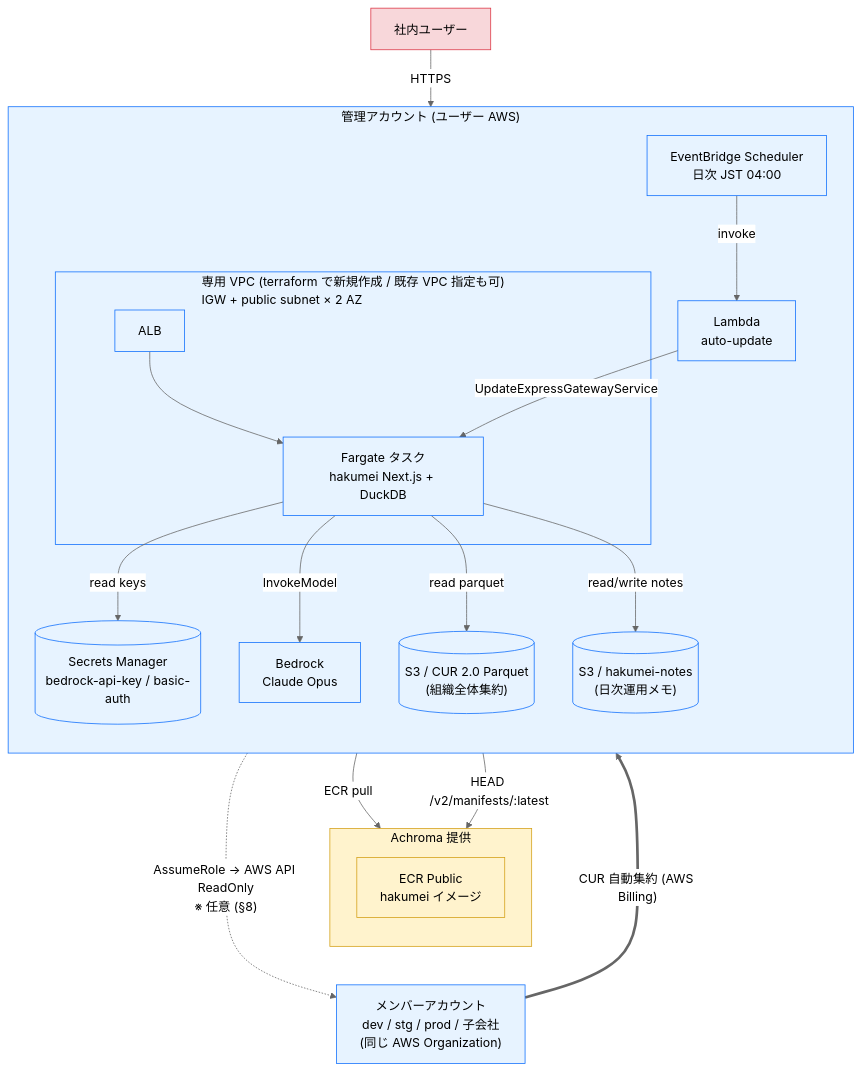
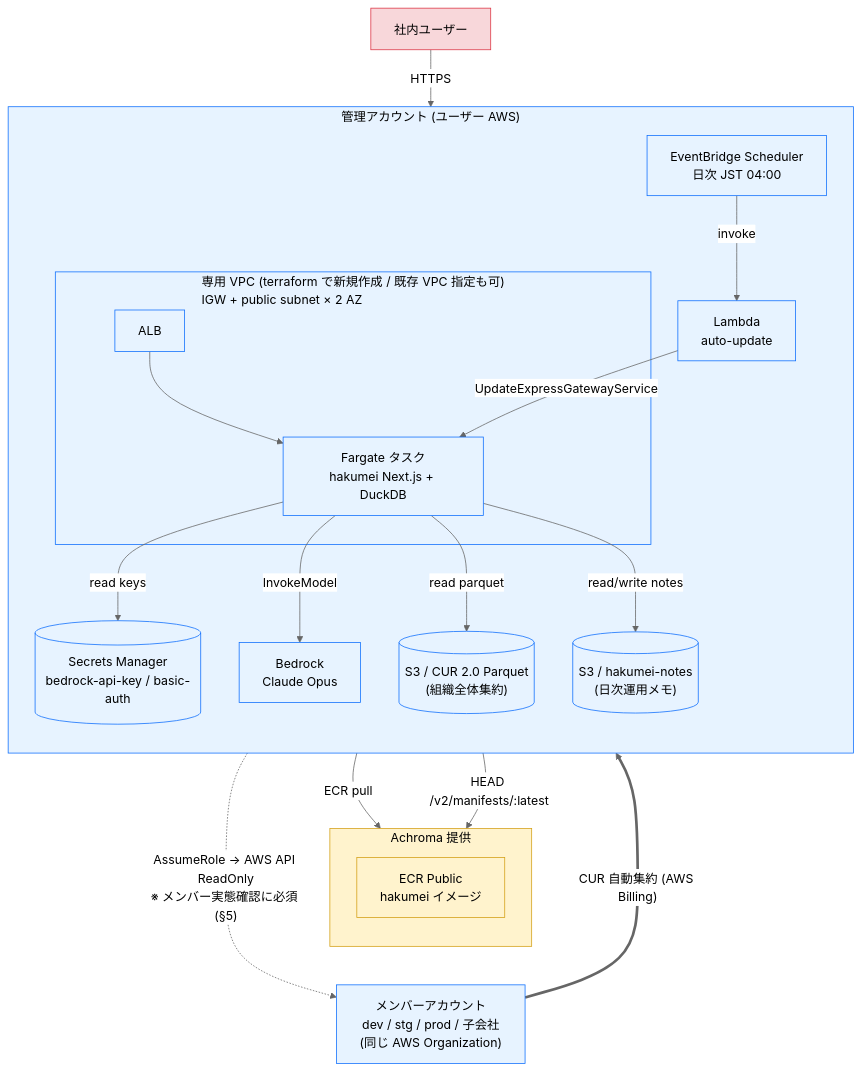
One commit to Achroma-inc/hakumei changed the diagram in README.md. Above: the diagram before and after it, drawn with Mermaid (neutral theme). The commit also changed other lines of this file and 4 other files, not shown here.

````diff
--- a/README.md
+++ b/README.md
@@ -68,49 +84,49 @@
 ```mermaid
 flowchart TB
     User["社内ユーザー"]
 
     subgraph Achroma["Achroma 提供"]
         direction TB
         ECR["ECR Public<br/>hakumei イメージ"]
     end
 
     Members["メンバーアカウント<br/>dev / stg / prod / 子会社<br/>(同じ AWS Organization)"]
 
     subgraph Mgmt["管理アカウント (ユーザー AWS)"]
         direction TB
         subgraph VPC["専用 VPC (terraform で新規作成 / 既存 VPC 指定も可)<br/>IGW + public subnet × 2 AZ"]
             ALB["ALB"]
             Task["Fargate タスク<br/>hakumei Next.js + DuckDB"]
             ALB --> Task
         end
         Secrets[("Secrets Manager<br/>bedrock-api-key / basic-auth")]
         Bedrock["Bedrock<br/>Claude Opus"]
         Scheduler["EventBridge Scheduler<br/>日次 JST 04:00"]
         Updater["Lambda<br/>auto-update"]
         CUR[("S3 / CUR 2.0 Parquet<br/>(組織全体集約)")]
         Notes[("S3 / hakumei-notes<br/>(日次運用メモ)")]
 
         Task -->|read keys| Secrets
         Task -->|InvokeModel| Bedrock
         Task -->|read parquet| CUR
         Task -->|read/write notes| Notes
         Scheduler -->|invoke| Updater
         Updater -->|UpdateExpressGatewayService| Task
     end
 
     %% Achroma を上、Members を下に積むためのレイアウトヒント (非表示エッジ)
     Achroma ~~~ Members
 
     User -->|HTTPS| ALB
     Members ==>|"CUR 自動集約 (AWS Billing)"| CUR
-    Task -.->|"AssumeRole → AWS API ReadOnly<br/>※ 任意 (§8)"| Members
+    Task -.->|"AssumeRole → AWS API ReadOnly<br/>※ メンバー実態確認に必須 (§5)"| Members
     Task -->|ECR pull| ECR
     Updater -->|"HEAD /v2/manifests/:latest"| ECR
 
     classDef achroma fill:#fff3cd,stroke:#d4a017,color:#000
     classDef customer fill:#e7f3ff,stroke:#0d6efd,color:#000
     classDef user fill:#f8d7da,stroke:#dc3545,color:#000
     class Achroma,ECR achroma
     class Mgmt,VPC,ALB,Task,CUR,Notes,Secrets,Members,Bedrock,Scheduler,Updater customer
     class User user
 ```
````
